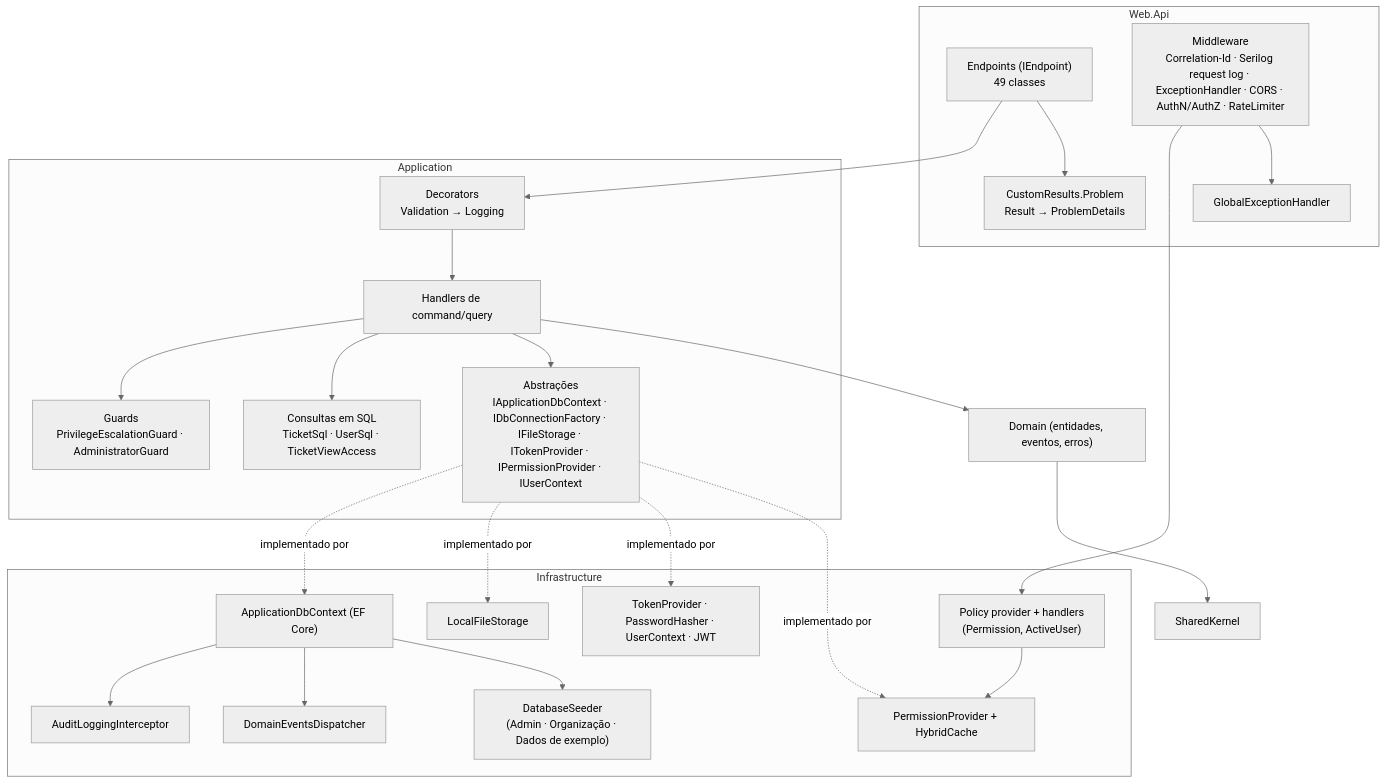
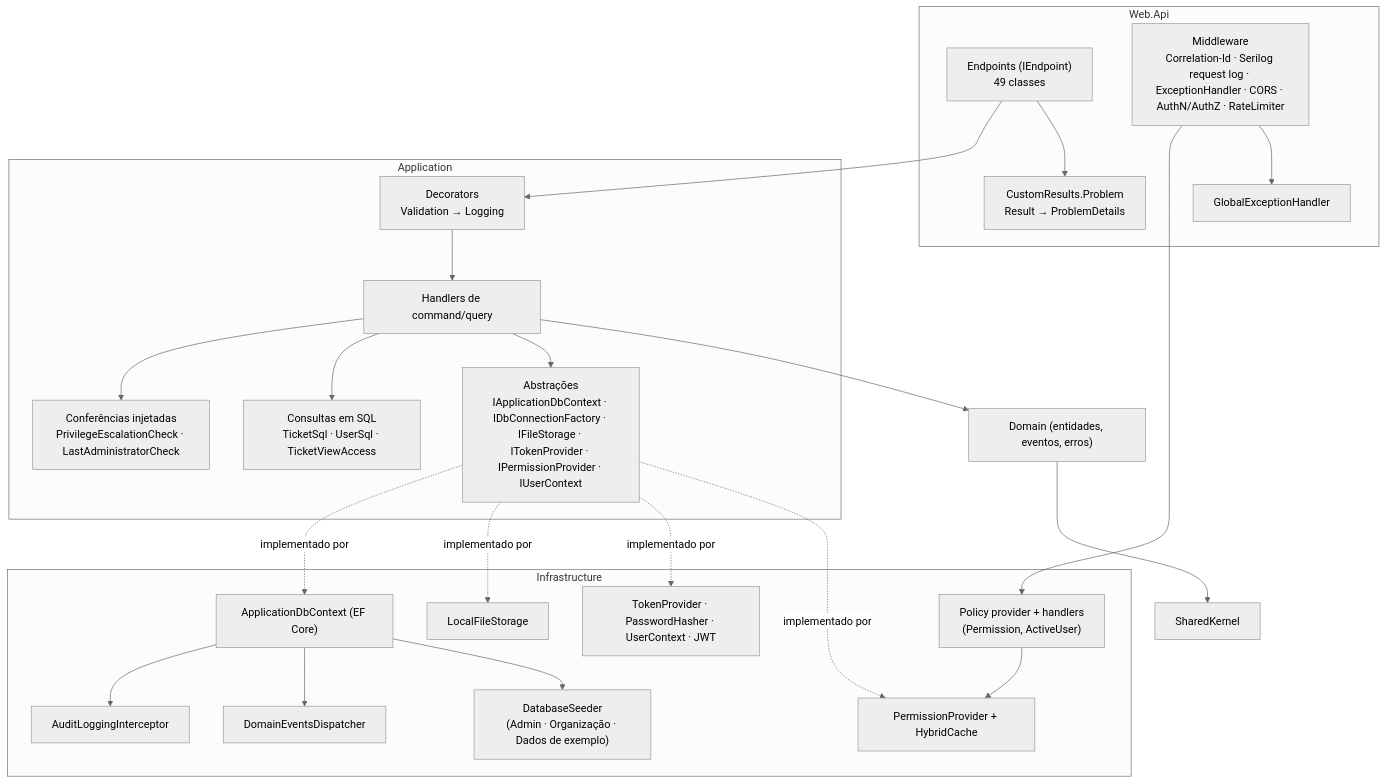
The fourth of 7 diagrams in SYSTEM_SPECIFICATION.md (rafaelps15/tickest-pristine), drawn with Mermaid (neutral theme) before and after one commit. The commit also changed other lines of this file and 59 other files, not shown here.

First line of the commit message:
refactor(autorizacao): permissões efetivas por view e conferências injetadas da RN-17 e da RN-18 [SPEC-049]

````diff
--- a/SYSTEM_SPECIFICATION.md
+++ b/SYSTEM_SPECIFICATION.md
@@ -309,39 +309,39 @@
 ```mermaid
 flowchart TB
     subgraph WebApi["Web.Api"]
         EP["Endpoints (IEndpoint)<br/>49 classes"]
         MW["Middleware<br/>Correlation-Id · Serilog request log · ExceptionHandler · CORS · AuthN/AuthZ · RateLimiter"]
         CR["CustomResults.Problem<br/>Result → ProblemDetails"]
         GEH["GlobalExceptionHandler"]
     end
     subgraph App["Application"]
         DEC["Decorators<br/>Validation → Logging"]
         H["Handlers de command/query"]
-        G["Guards<br/>PrivilegeEscalationGuard · AdministratorGuard"]
+        G["Conferências injetadas<br/>PrivilegeEscalationCheck · LastAdministratorCheck"]
         R["Consultas em SQL<br/>TicketSql · UserSql · TicketViewAccess"]
         ABS["Abstrações<br/>IApplicationDbContext · IDbConnectionFactory · IFileStorage · ITokenProvider · IPermissionProvider · IUserContext"]
     end
     subgraph Infra["Infrastructure"]
         DB["ApplicationDbContext (EF Core)"]
         AUD["AuditLoggingInterceptor"]
         DISP["DomainEventsDispatcher"]
         PP["PermissionProvider + HybridCache"]
         AUTH["TokenProvider · PasswordHasher · UserContext · JWT"]
         AZ["Policy provider + handlers<br/>(Permission, ActiveUser)"]
         ST["LocalFileStorage"]
         SEED["DatabaseSeeder<br/>(Admin · Organização · Dados de exemplo)"]
     end
     Dom["Domain (entidades, eventos, erros)"]
     SK["SharedKernel"]
 
     EP --> DEC --> H
     H --> G & R & ABS
     MW --> AZ --> PP
     ABS -.implementado por.-> DB & ST & AUTH & PP
     DB --> AUD
     DB --> DISP
     DB --> SEED
     H --> Dom --> SK
     EP --> CR
     MW --> GEH
 ```
````
